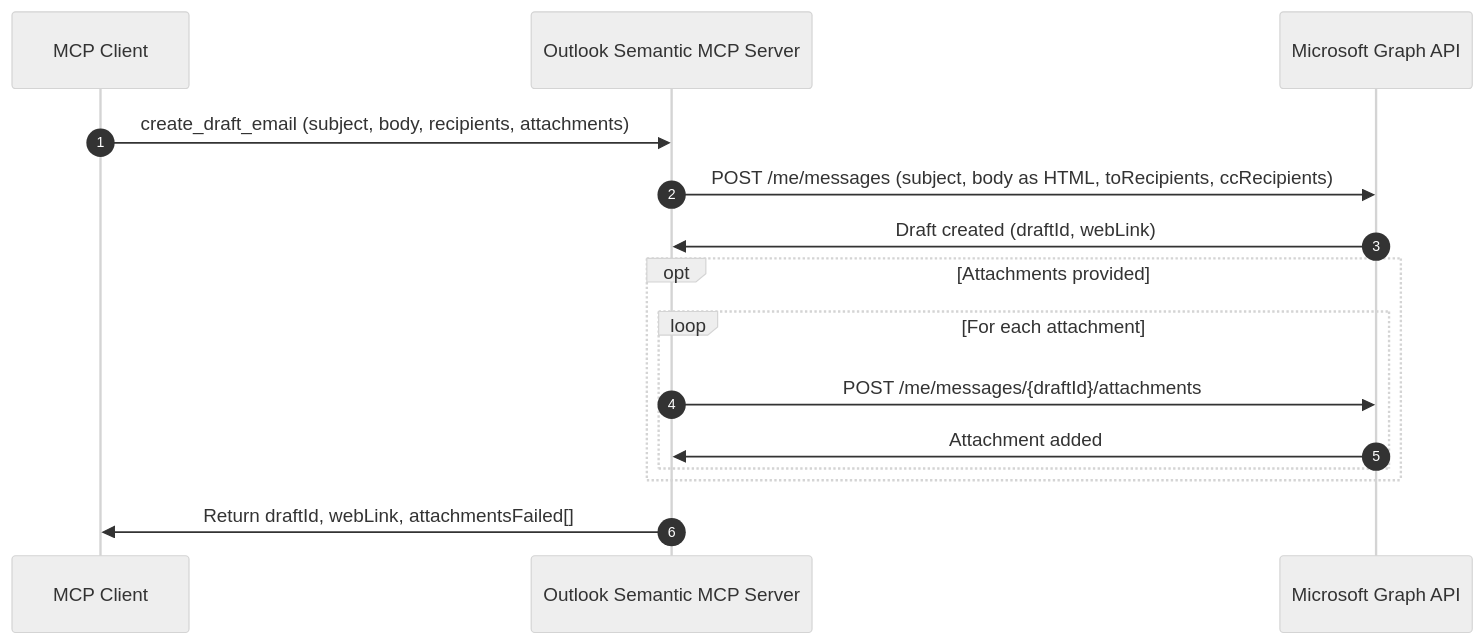
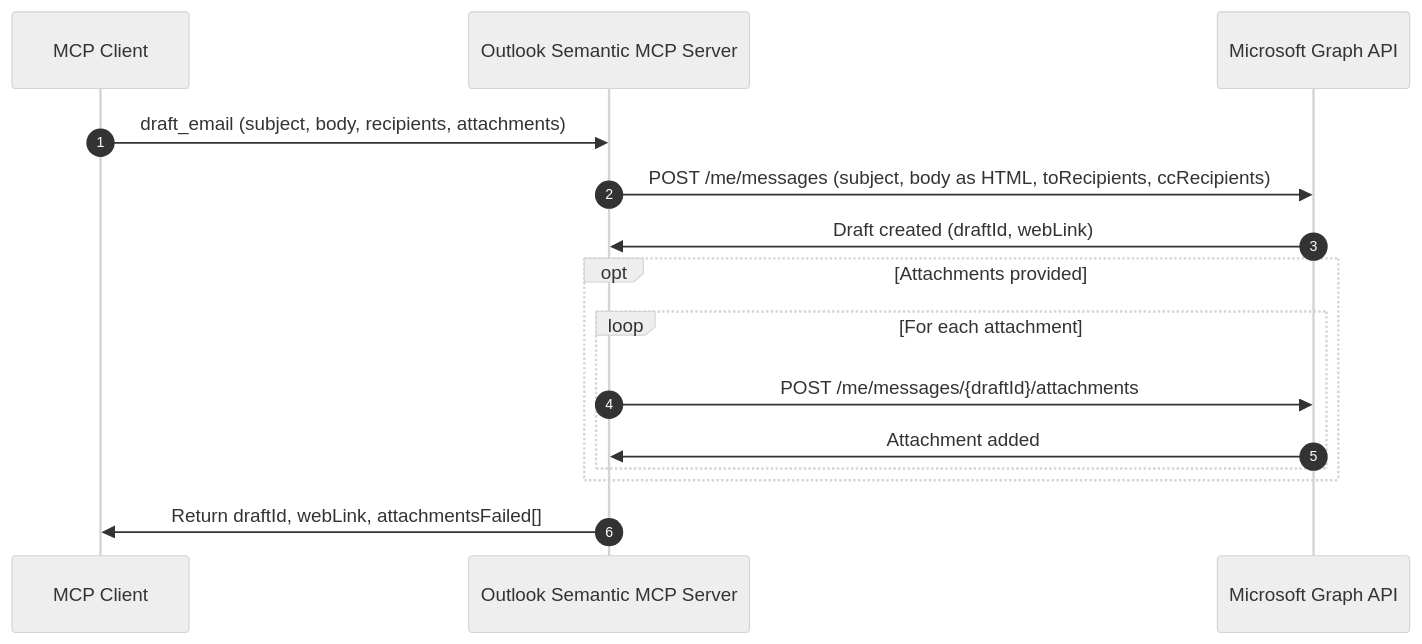
One commit to Unique-AG/connectors changed the fifth of 6 diagrams in services/outlook-semantic-mcp/docs/technical/flows.md. Above: the diagram before and after it, drawn with Mermaid. The commit also changed other lines of this file and 75 other files, not shown here.

First line of the commit message:
feat(outlook-semantic-mcp)!: edit existing drafts and their attachments (#1323)

````diff
--- a/services/outlook-semantic-mcp/docs/technical/flows.md
+++ b/services/outlook-semantic-mcp/docs/technical/flows.md
@@ -238,21 +238,21 @@
 ```mermaid
 %%{init: {'theme': 'neutral', 'themeVariables': { 'fontSize': '14px' }}}%%
 sequenceDiagram
     autonumber
     participant MCPClient as MCP Client
     participant OutlookMCP as Outlook Semantic MCP Server
     participant MSGraph as Microsoft Graph API
 
-    MCPClient->>OutlookMCP: create_draft_email (subject, body, recipients, attachments)
+    MCPClient->>OutlookMCP: draft_email (subject, body, recipients, attachments)
     OutlookMCP->>MSGraph: POST /me/messages (subject, body as HTML, toRecipients, ccRecipients)
     MSGraph->>OutlookMCP: Draft created (draftId, webLink)
 
     opt Attachments provided
         loop For each attachment
             OutlookMCP->>MSGraph: POST /me/messages/{draftId}/attachments
             MSGraph->>OutlookMCP: Attachment added
         end
     end
 
     OutlookMCP->>MCPClient: Return draftId, webLink, attachmentsFailed[]
 ```
````
